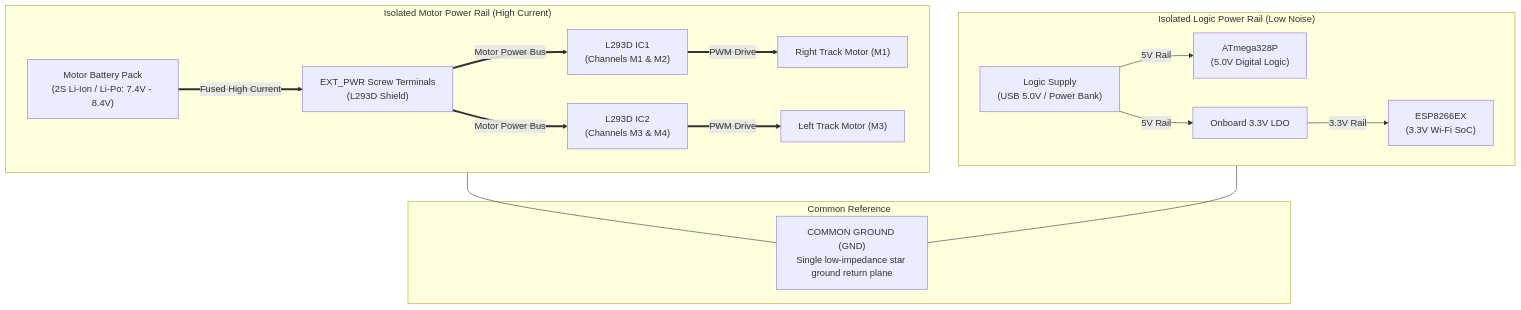
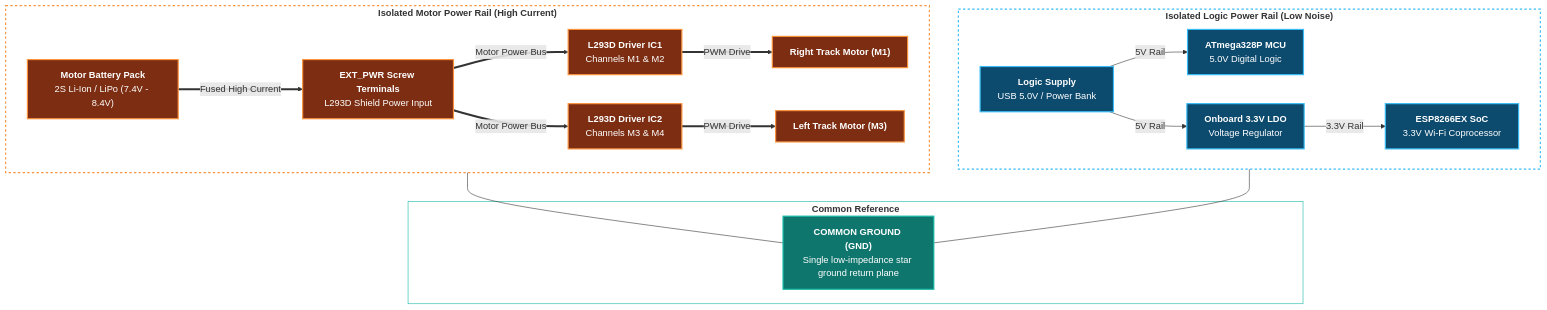
The first of 2 diagrams in hw/power_supply.md (dof2bot/trackedbot), drawn with Mermaid before and after one commit. The commit also changed other lines of this file and 8 other files, not shown here.

````diff
--- a/hw/power_supply.md
+++ b/hw/power_supply.md
@@ -28,35 +28,47 @@
 ```mermaid
 flowchart TD
-    subgraph MotorPower ["Isolated Motor Power Rail (High Current)"]
-        BAT["Motor Battery Pack<br/>(2S Li-Ion / Li-Po: 7.4V - 8.4V)"]
-        EXT_PWR["EXT_PWR Screw Terminals<br/>(L293D Shield)"]
-        IC1["L293D IC1<br/>(Channels M1 & M2)"]
-        IC2["L293D IC2<br/>(Channels M3 & M4)"]
-        MOTOR_R["Right Track Motor (M1)"]
-        MOTOR_L["Left Track Motor (M3)"]
+    subgraph MotorPower ["<b>Isolated Motor Power Rail (High Current)</b>"]
+        BAT["<b>Motor Battery Pack</b><br/>2S Li-Ion / LiPo (7.4V - 8.4V)"]
+        EXT_PWR["<b>EXT_PWR Screw Terminals</b><br/>L293D Shield Power Input"]
+        IC1["<b>L293D Driver IC1</b><br/>Channels M1 & M2"]
+        IC2["<b>L293D Driver IC2</b><br/>Channels M3 & M4"]
+        MOTOR_R["<b>Right Track Motor (M1)</b>"]
+        MOTOR_L["<b>Left Track Motor (M3)</b>"]
 
         BAT ==>|"Fused High Current"| EXT_PWR
         EXT_PWR ==>|"Motor Power Bus"| IC1
         EXT_PWR ==>|"Motor Power Bus"| IC2
         IC1 ==>|"PWM Drive"| MOTOR_R
         IC2 ==>|"PWM Drive"| MOTOR_L
     end
 
-    subgraph LogicPower ["Isolated Logic Power Rail (Low Noise)"]
-        USB["Logic Supply<br/>(USB 5.0V / Power Bank)"]
-        ATMEGA["ATmega328P<br/>(5.0V Digital Logic)"]
-        LDO["Onboard 3.3V LDO"]
-        ESP["ESP8266EX<br/>(3.3V Wi-Fi SoC)"]
+    subgraph LogicPower ["<b>Isolated Logic Power Rail (Low Noise)</b>"]
+        USB["<b>Logic Supply</b><br/>USB 5.0V / Power Bank"]
+        ATMEGA["<b>ATmega328P MCU</b><br/>5.0V Digital Logic"]
+        LDO["<b>Onboard 3.3V LDO</b><br/>Voltage Regulator"]
+        ESP["<b>ESP8266EX SoC</b><br/>3.3V Wi-Fi Coprocessor"]
 
         USB -->|"5V Rail"| ATMEGA
         USB -->|"5V Rail"| LDO
         LDO -->|"3.3V Rail"| ESP
     end
 
-    subgraph GroundReturn ["Common Reference"]
-        GND["COMMON GROUND (GND)<br/>Single low-impedance star ground return plane"]
+    subgraph GroundReturn ["<b>Common Reference</b>"]
+        GND["<b>COMMON GROUND (GND)</b><br/>Single low-impedance star ground return plane"]
     end
 
     MotorPower --- GND
     LogicPower --- GND
+
+    classDef motorRail fill:#7c2d12,stroke:#fb923c,stroke-width:2px,color:#ffffff;
+    classDef logicRail fill:#0c4a6e,stroke:#38bdf8,stroke-width:2px,color:#ffffff;
+    classDef gndStyle fill:#0f766e,stroke:#14b8a6,stroke-width:2px,color:#ffffff;
+
+    class BAT,EXT_PWR,IC1,IC2,MOTOR_R,MOTOR_L motorRail;
+    class USB,ATMEGA,LDO,ESP logicRail;
+    class GND gndStyle;
+
+    style MotorPower fill:none,stroke:#fb923c,stroke-width:2px,stroke-dasharray: 4 4
+    style LogicPower fill:none,stroke:#38bdf8,stroke-width:2px,stroke-dasharray: 4 4
+    style GroundReturn fill:none,stroke:#14b8a6,stroke-width:1px
 ```
````
